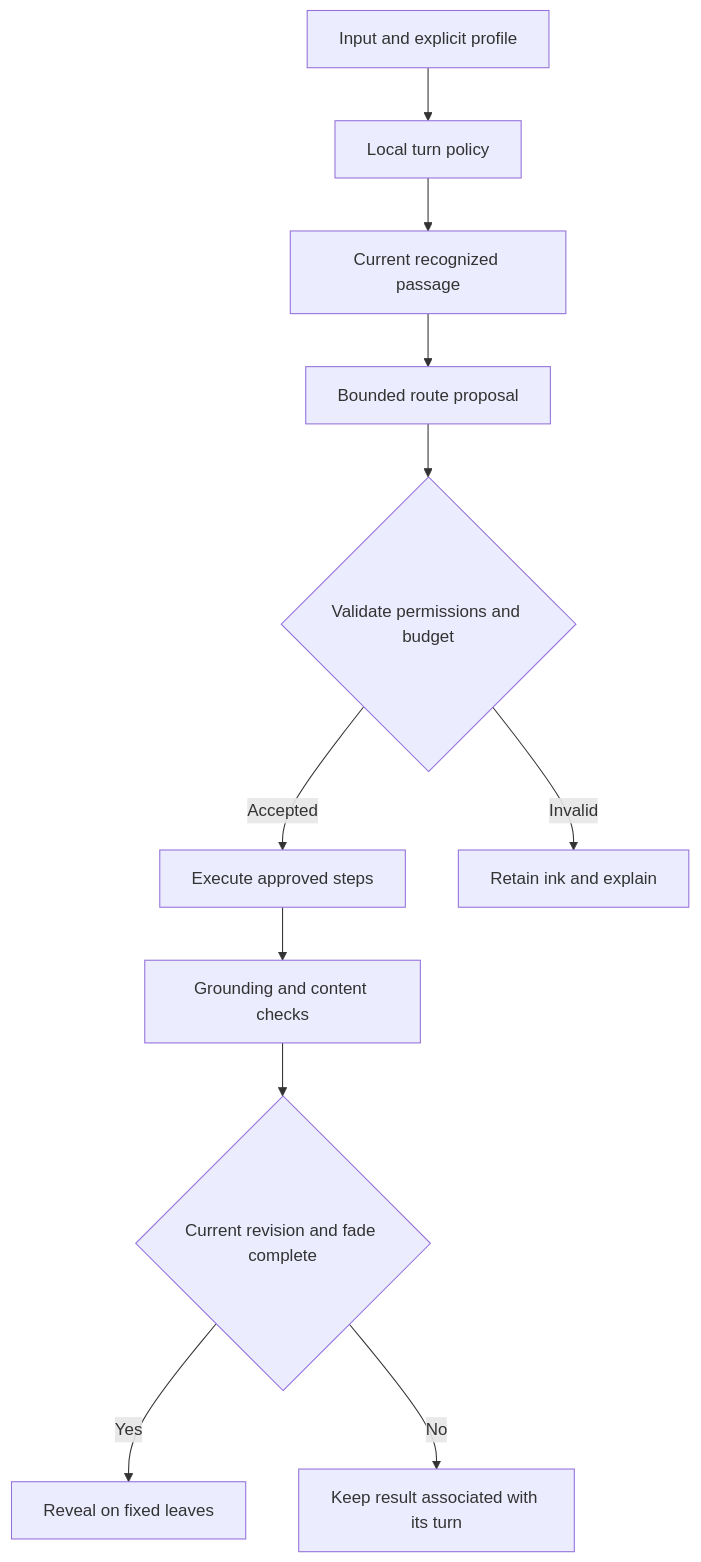
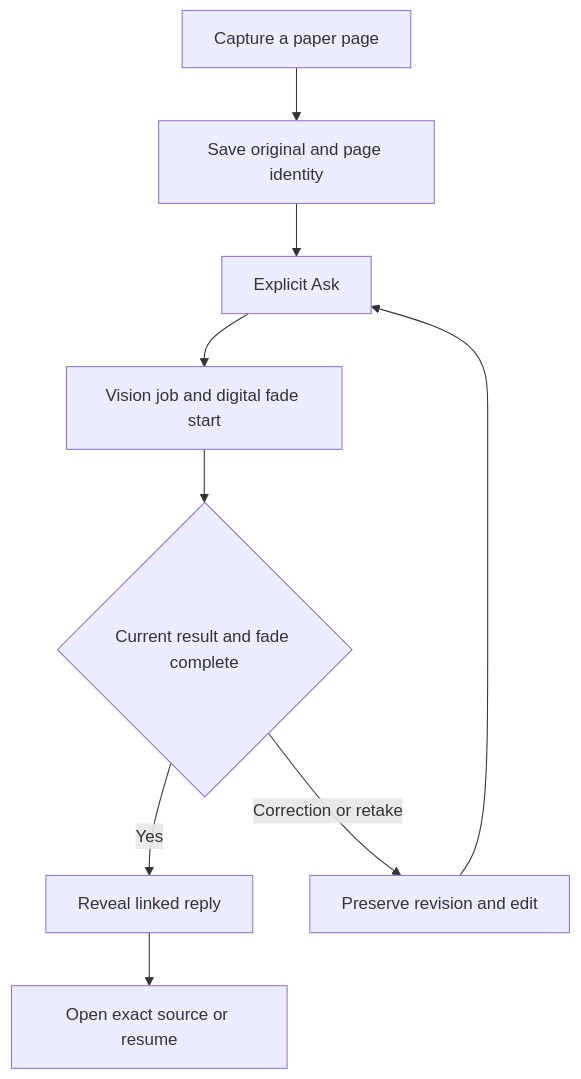
One commit to PaperStrange/IndiaGames changed the diagram in docs/iterations/02/SPRINT-PREPARATION.md. Above: the diagram before and after it, drawn with Mermaid. The commit also changed other lines of this file and 16 other files, not shown here.

````diff
--- a/docs/iterations/02/SPRINT-PREPARATION.md
+++ b/docs/iterations/02/SPRINT-PREPARATION.md
@@ -36,13 +41,11 @@
 ```mermaid
 flowchart TD
-    A[Input and explicit profile] --> B[Local turn policy]
-    B --> C[Current recognized passage]
-    C --> D[Bounded route proposal]
-    D --> E{Validate permissions and budget}
-    E -->|Accepted| F[Execute approved steps]
-    E -->|Invalid| G[Retain ink and explain]
-    F --> H[Grounding and content checks]
-    H --> I{Current revision and fade complete}
-    I -->|Yes| J[Reveal on fixed leaves]
-    I -->|No| K[Keep result associated with its turn]
+    A[Capture a paper page] --> B[Save original and page identity]
+    B --> C[Explicit Ask]
+    C --> D[Vision job and digital fade start]
+    D --> E{Current result and fade complete}
+    E -->|Yes| F[Reveal linked reply]
+    E -->|Correction or retake| G[Preserve revision and edit]
+    G --> C
+    F --> H[Open exact source or resume]
 ```
````
